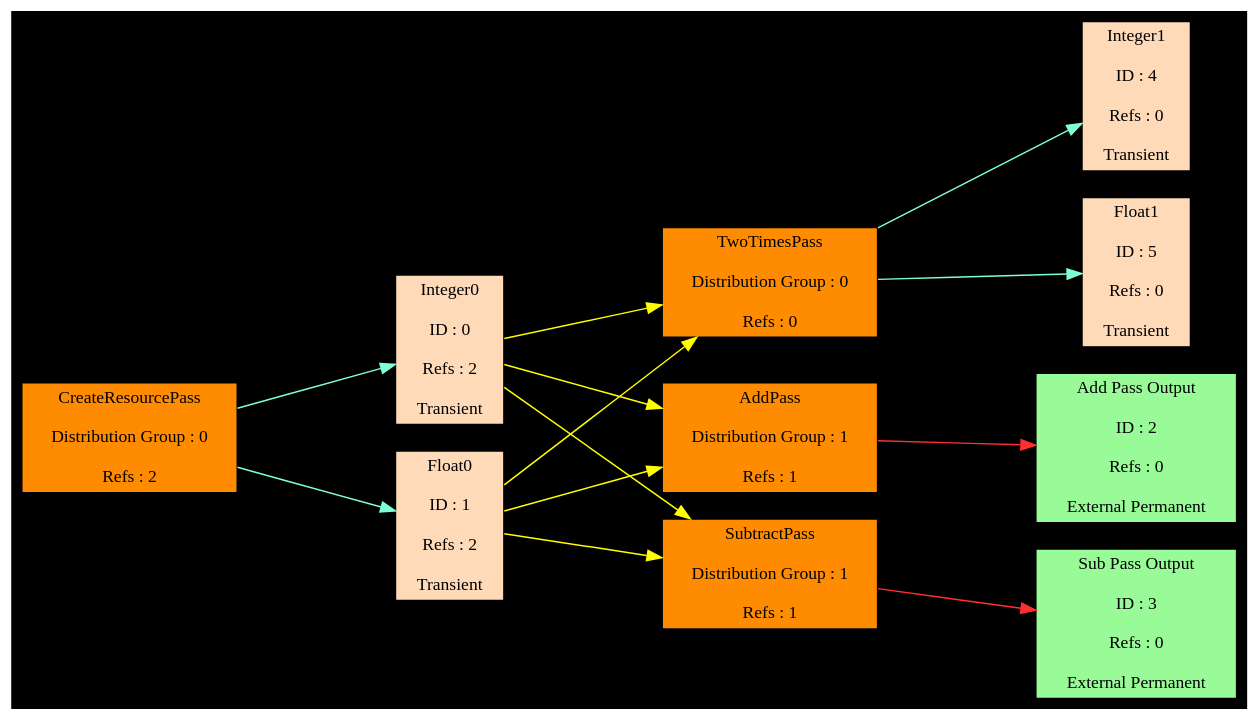
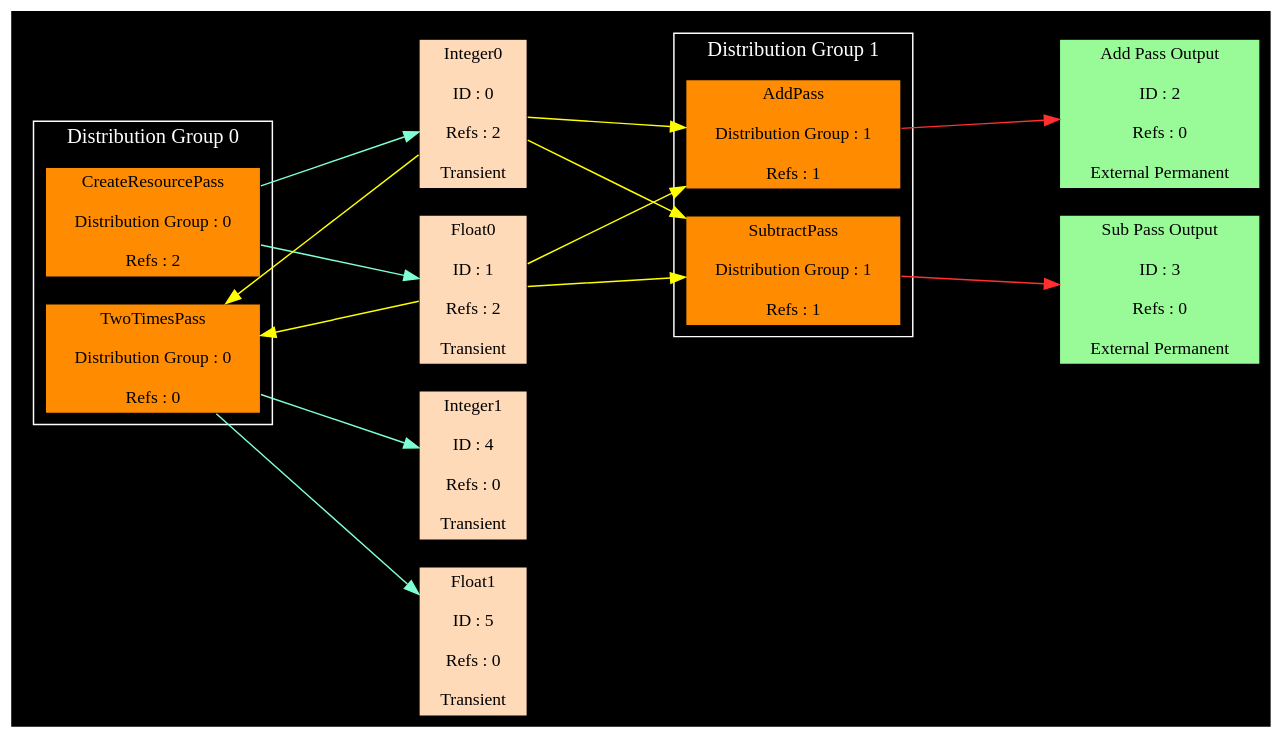
Before and after one commit to SeolYang/Elaina: the diagram in Projects/FrameGraph.dot, drawn with Graphviz. The commit also changed 2 other files, not shown here.

Commit message:
subgraph를 통해 distribution group이 visualize에 나타나도록 하였습니다

```diff
--- a/Projects/FrameGraph.dot
+++ b/Projects/FrameGraph.dot
@@ -1,61 +1,74 @@
 digraph FrameGraph 
 {
 splines=false
 graph [pad="0.1", nodestep="0.6", ranksep="1.5"]
 rankdir = LR
 bgcolor = black
 node [shape=rectangle, fontname="nanumgothic bold", fontsize=12, fontcolor=black]
 edge [fontname="nanumgothic bold", fontsize=12, fontcolor=white]
+subgraph cluster_distribution_group0
+{
+label="Distribution Group 0";
+fontname="nanumgothic bold";
+fontcolor=white;
+color=white;
 "CreateResourcePass" [label="CreateResourcePass
 \nDistribution Group : 0
-\nRefs : 2", style=filled, fillcolor=darkorange]
+\nRefs : 2", style=filled, fillcolor=darkorange];
 "TwoTimesPass" [label="TwoTimesPass
 \nDistribution Group : 0
-\nRefs : 0", style=filled, fillcolor=darkorange]
+\nRefs : 0", style=filled, fillcolor=darkorange];
+}
+subgraph cluster_distribution_group1
+{
+label="Distribution Group 1";
+fontname="nanumgothic bold";
+fontcolor=white;
+color=white;
 "AddPass" [label="AddPass
 \nDistribution Group : 1
-\nRefs : 1", style=filled, fillcolor=darkorange]
+\nRefs : 1", style=filled, fillcolor=darkorange];
 "SubtractPass" [label="SubtractPass
 \nDistribution Group : 1
-\nRefs : 1", style=filled, fillcolor=darkorange]
-
+\nRefs : 1", style=filled, fillcolor=darkorange];
+}
 "Integer0" [label="Integer0
 \nID : 0
 \nRefs : 2
 \nTransient", style=filled, fillcolor=peachpuff]
 "Float0" [label="Float0
 \nID : 1
 \nRefs : 2
 \nTransient", style=filled, fillcolor=peachpuff]
 "Add Pass Output" [label="Add Pass Output
 \nID : 2
 \nRefs : 0
 \nExternal Permanent", style=filled, fillcolor=palegreen]
 "Sub Pass Output" [label="Sub Pass Output
 \nID : 3
 \nRefs : 0
 \nExternal Permanent", style=filled, fillcolor=palegreen]
 "Integer1" [label="Integer1
 \nID : 4
 \nRefs : 0
 \nTransient", style=filled, fillcolor=peachpuff]
 "Float1" [label="Float1
 \nID : 5
 \nRefs : 0
 \nTransient", style=filled, fillcolor=peachpuff]
 "CreateResourcePass" -> { "Integer0" "Float0" } [color=aquamarine]
 "CreateResourcePass" -> { } [color=firebrick1]
 "TwoTimesPass" -> { "Integer1" "Float1" } [color=aquamarine]
 "TwoTimesPass" -> { } [color=firebrick1]
 "AddPass" -> { } [color=aquamarine]
 "AddPass" -> { "Add Pass Output" } [color=firebrick1]
 "SubtractPass" -> { } [color=aquamarine]
 "SubtractPass" -> { "Sub Pass Output" } [color=firebrick1]
 
 "Integer0" -> { "AddPass" "SubtractPass" "TwoTimesPass" } [color=yellow]
 "Float0" -> { "AddPass" "SubtractPass" "TwoTimesPass" } [color=yellow]
 "Add Pass Output" -> { } [color=yellow]
 "Sub Pass Output" -> { } [color=yellow]
 "Integer1" -> { } [color=yellow]
 "Float1" -> { } [color=yellow]
 }
```
